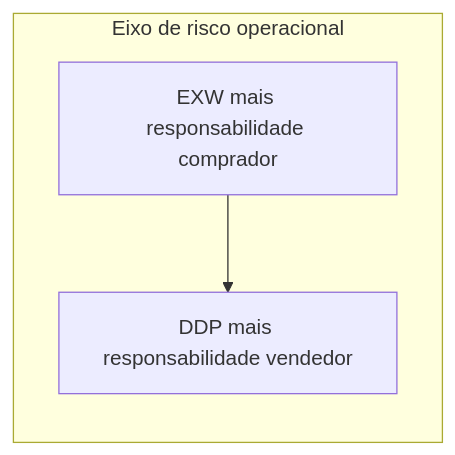
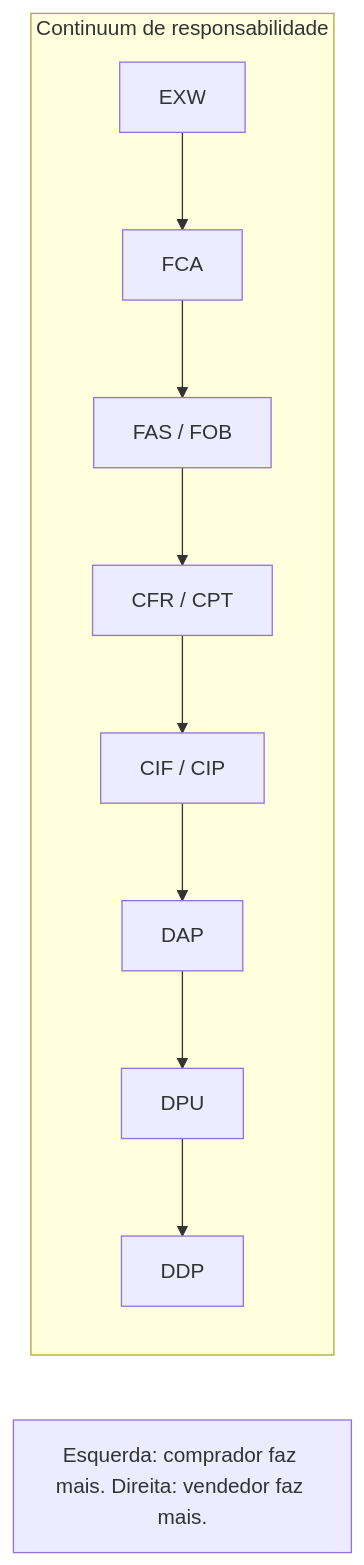
The diagram in aulas/trilha-operacoes-logisticas/modulo-04-logistica-internacional/aula-02-incoterms-2020-logistica.md (cleberhensel/logisticon-academy), drawn with Mermaid before and after one commit. The commit also changed other lines of this file and 122 other files, not shown here.

````diff
--- a/aulas/trilha-operacoes-logisticas/modulo-04-logistica-internacional/aula-02-incoterms-2020-logistica.md
+++ b/aulas/trilha-operacoes-logisticas/modulo-04-logistica-internacional/aula-02-incoterms-2020-logistica.md
@@ -59,8 +82,7 @@
 ```mermaid
 flowchart LR
-  subgraph risco["Eixo de risco operacional"]
-    E[EXW mais responsabilidade comprador]
-    D[DDP mais responsabilidade vendedor]
+  subgraph risco["Continuum de responsabilidade"]
+    E["EXW"] --> F["FCA"] --> Fb["FAS / FOB"] --> Cf["CFR / CPT"] --> Ci["CIF / CIP"] --> Da["DAP"] --> Du["DPU"] --> Dd["DDP"]
   end
-  E --> D
+  Note["Esquerda: comprador faz mais. Direita: vendedor faz mais."]
 ```
````
